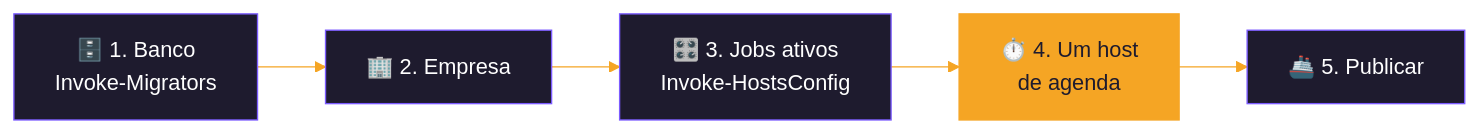
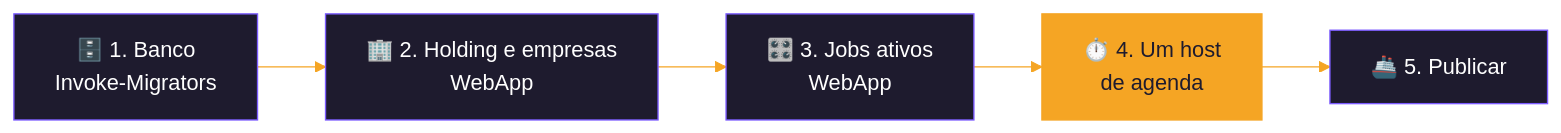
One commit to cayo-kume/extract-transform-load-integrations-system changed the second of 2 diagrams in DEPLOY.md. Above: the diagram before and after it, drawn with Mermaid. The commit also changed other lines of this file and 121 other files, not shown here.

First line of the commit message:
WebApp: login em monitor.Users, cadastro de holdings, empresas e usuários e Aplicações com o catálogo

````diff
--- a/DEPLOY.md
+++ b/DEPLOY.md
@@ -77,11 +77,11 @@
 ```mermaid
 %%{init: {'theme':'base','themeVariables':{'primaryColor':'#1e1b2e','primaryTextColor':'#ffffff','primaryBorderColor':'#7c5cff','lineColor':'#f5a524','textColor':'#1e1b2e','clusterBkg':'#f5f3ff','clusterBorder':'#7c5cff','titleColor':'#1e1b2e','edgeLabelBackground':'#1e1b2e'}}}%%
 flowchart LR
-    A["🗄️ 1. Banco<br/>Invoke-Migrators"] --> B["🏢 2. Empresa"]
-    B --> C["🎛️ 3. Jobs ativos<br/>Invoke-HostsConfig"]
+    A["🗄️ 1. Banco<br/>Invoke-Migrators"] --> B["🏢 2. Holding e empresas<br/>WebApp"]
+    B --> C["🎛️ 3. Jobs ativos<br/>WebApp"]
     C --> D["⏱️ 4. Um host<br/>de agenda"]
     D --> E["🚢 5. Publicar"]
 
     classDef warm fill:#f5a524,stroke:#f5a524,color:#1e1b2e
     class D warm
 ```
````
